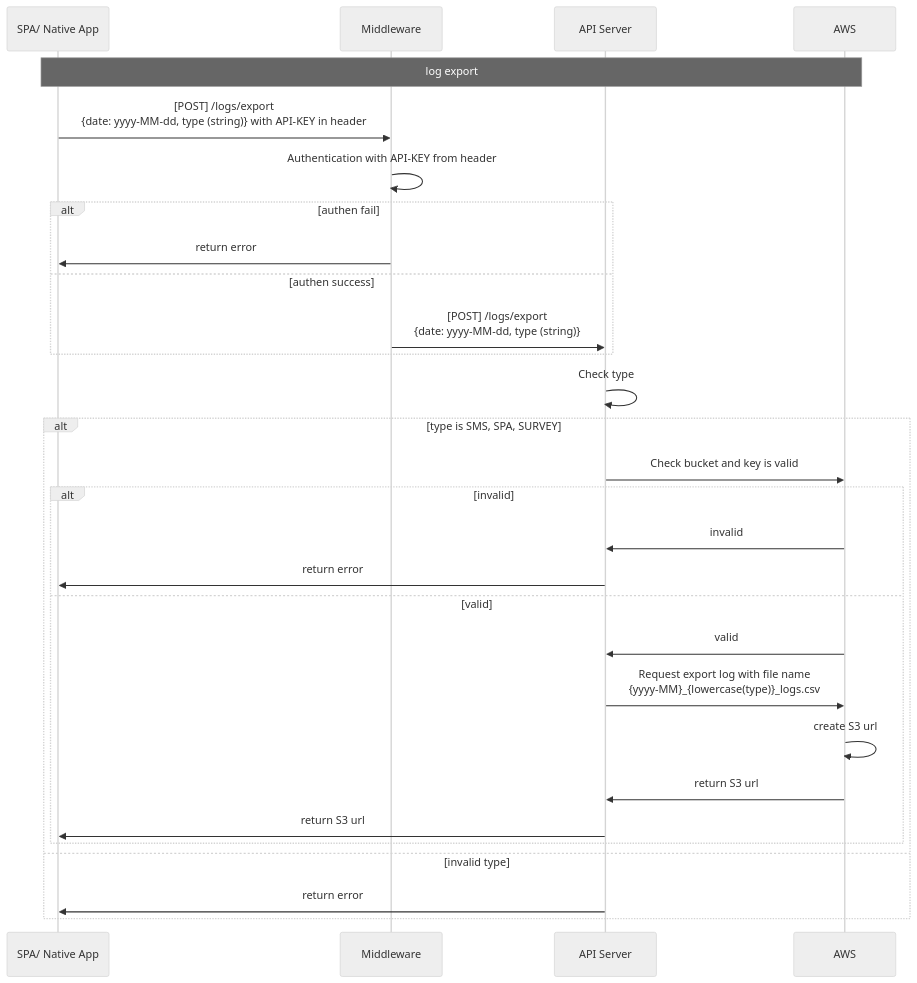
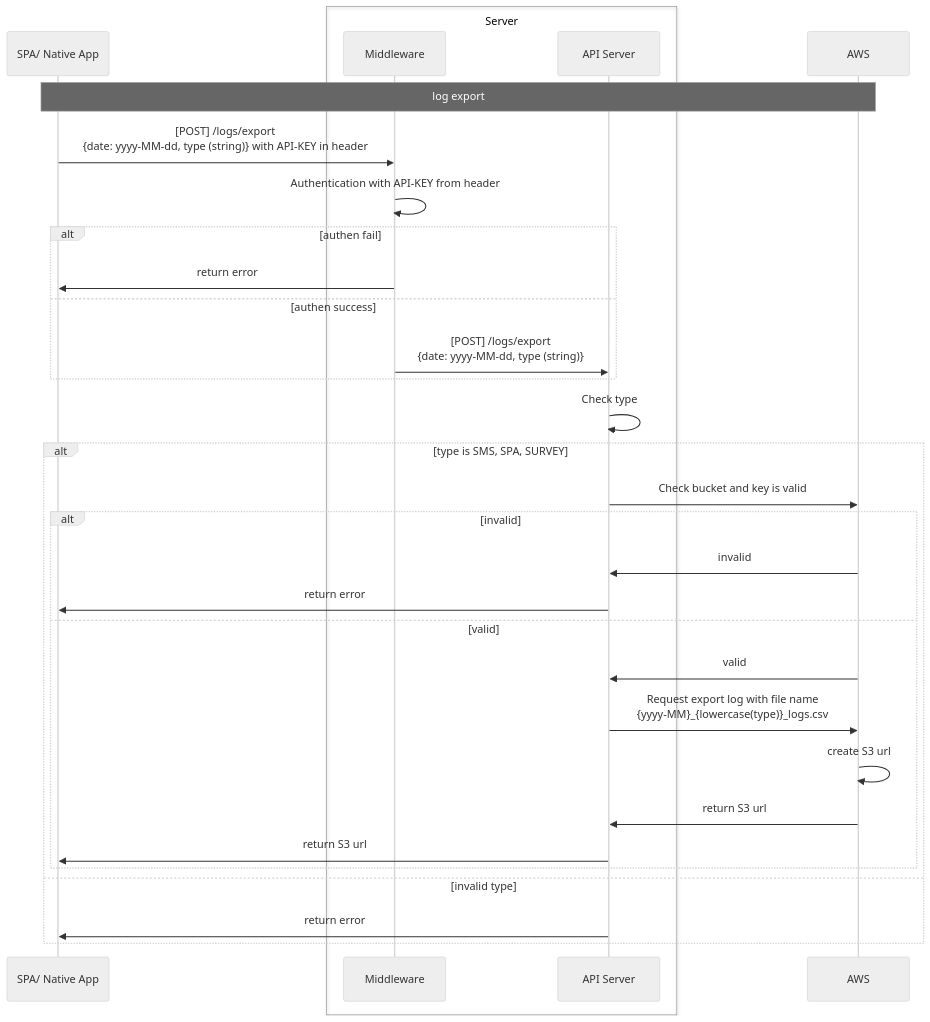
The diagram in log_export.md (tunglampd/cicd_test), drawn with Mermaid (neutral theme) before and after one commit.

````diff
--- a/log_export.md
+++ b/log_export.md
@@ -1,39 +1,41 @@
 ```mermaid
 sequenceDiagram    
     participant Webapp as SPA/ Native App
+    box Server
     participant md as Middleware
     participant Server as API Server 
+    end
     participant AC as AWS
 
     Note over Webapp, AC: log export
 
     Webapp->>md: [POST] /logs/export <br> {date: yyyy-MM-dd, type (string)} with API-KEY in header
 
     md->>md: Authentication with API-KEY from header
     alt authen fail
     md->>Webapp: return error
     else authen success
     md->>Server: [POST] /logs/export <br> {date: yyyy-MM-dd, type (string)}
     end
 
     Server->>Server: Check type
     alt type is SMS, SPA, SURVEY
     Server->>AC: Check bucket and key is valid
 
     alt invalid
     AC->>Server: invalid
     Server->>Webapp: return error
     else valid
     AC->>Server: valid
     
 
     Server->>AC: Request export log with file name <br> {yyyy-MM}_{lowercase(type)}_logs.csv
     AC->>AC: create S3 url 
     AC->>Server: return S3 url
     Server->>Webapp: return S3 url
     end
     else invalid type
     Server->>Webapp: return error
     end
      
 ```
````
